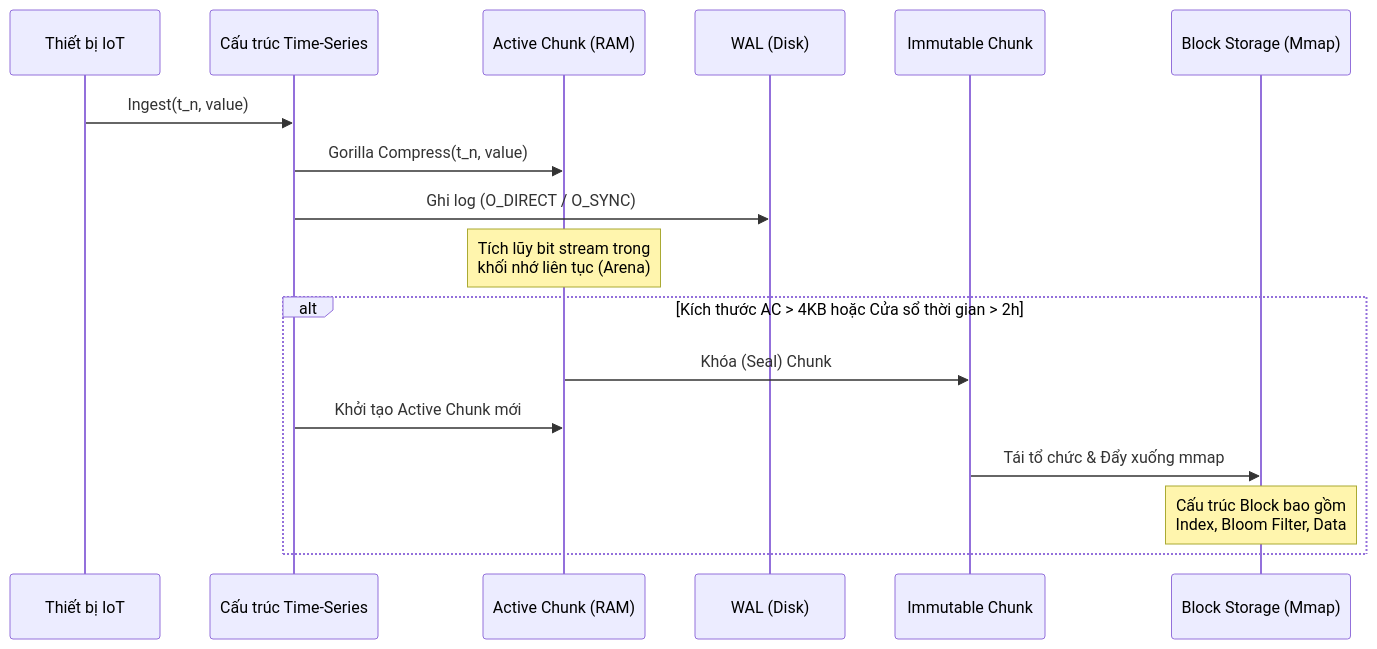
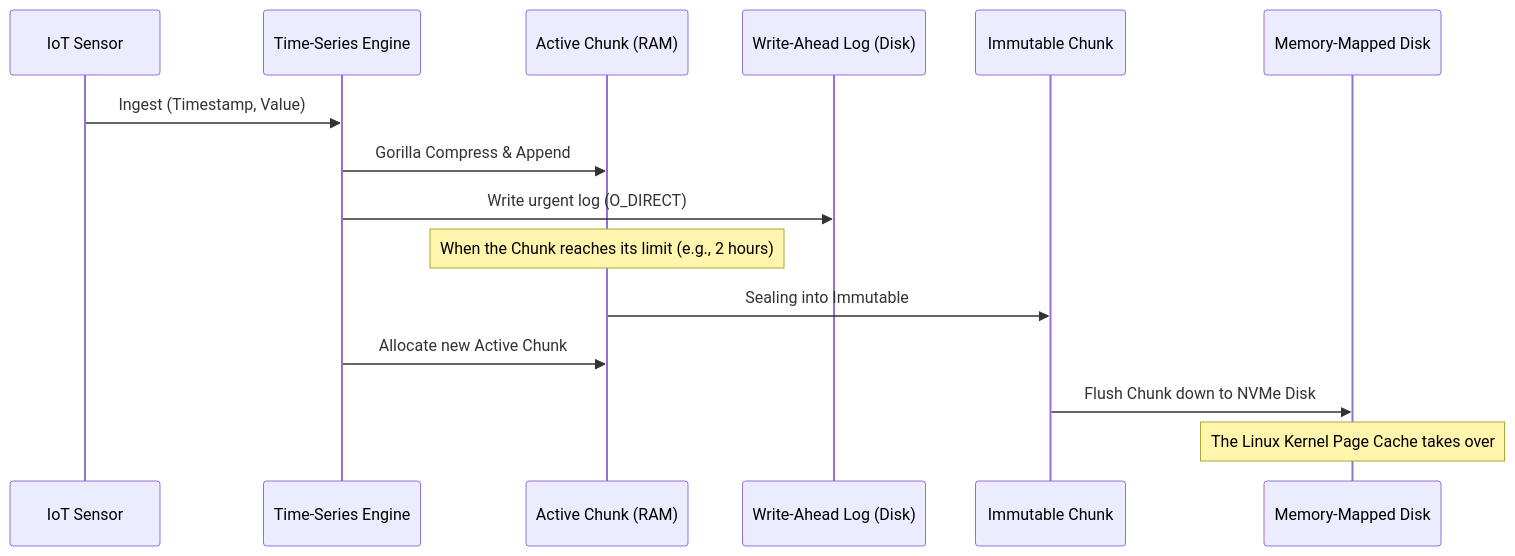
One commit to caubebinhan/landingpage changed the diagram in blogs/part-7/50-tsdb-gorilla-compression-chunking.md. Above: the diagram before and after it, drawn with Mermaid. The commit also changed other lines of this file and 6563 other files, not shown here.

````diff
--- a/blogs/part-7/50-tsdb-gorilla-compression-chunking.md
+++ b/blogs/part-7/50-tsdb-gorilla-compression-chunking.md
@@ -107,20 +92,18 @@
 ```mermaid
 sequenceDiagram
-    participant IOT as Thiết bị IoT
-    participant TS as Cấu trúc Time-Series
+    participant IOT as IoT Sensor
+    participant TSDB as Time-Series Engine
     participant AC as Active Chunk (RAM)
-    participant WC as WAL (Disk)
+    participant WAL as Write-Ahead Log (Disk)
     participant IC as Immutable Chunk
-    participant BK as Block Storage (Mmap)
+    participant MMAP as Memory-Mapped Disk
 
-    IOT->>TS: Ingest(t_n, value)
-    TS->>AC: Gorilla Compress(t_n, value)
-    TS->>WC: Ghi log (O_DIRECT / O_SYNC)
-    Note over AC: Tích lũy bit stream trong<br/>khối nhớ liên tục (Arena)
-    alt Kích thước AC > 4KB hoặc Cửa sổ thời gian > 2h
-        AC->>IC: Khóa (Seal) Chunk
-        TS->>AC: Khởi tạo Active Chunk mới
-        IC->>BK: Tái tổ chức & Đẩy xuống mmap
-        Note over BK: Cấu trúc Block bao gồm<br/>Index, Bloom Filter, Data
-    end
+    IOT->>TSDB: Ingest (Timestamp, Value)
+    TSDB->>AC: Gorilla Compress & Append
+    TSDB->>WAL: Write urgent log (O_DIRECT)
+    Note over AC: When the Chunk reaches its limit (e.g., 2 hours)
+    AC->>IC: Sealing into Immutable
+    TSDB->>AC: Allocate new Active Chunk
+    IC->>MMAP: Flush Chunk down to NVMe Disk
+    Note over MMAP: The Linux Kernel Page Cache takes over
 ```
````
